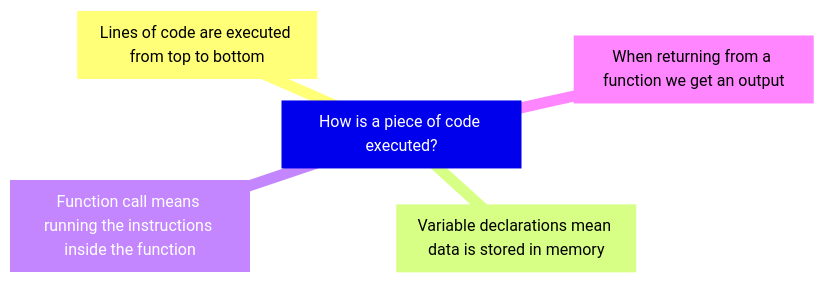
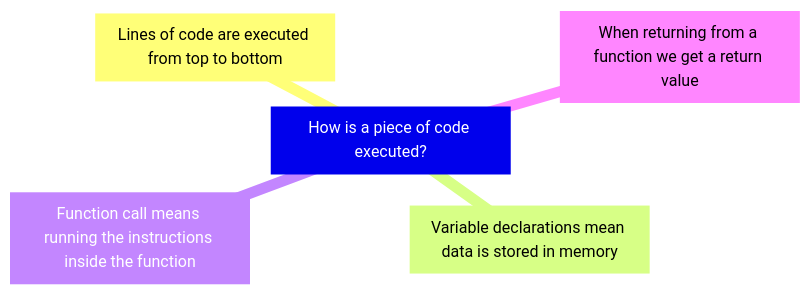
One commit to CodeYourFuture/curriculum changed the first of 3 diagrams in content/js1/sprints/2/prep/index.md. Above: the diagram before and after it, drawn with Mermaid. The commit also changed other lines of this file, not shown here.

````diff
--- a/content/js1/sprints/2/prep/index.md
+++ b/content/js1/sprints/2/prep/index.md
@@ -258,8 +267,8 @@
 ```mermaid
 mindmap
 Root[How is a piece of code executed?]
     B[Lines of code are executed from top to bottom]
     C[Variable declarations mean data is stored in memory]
     D[Function call means running the instructions inside the function]
-    E[When returning from a function we get an output]
+    E[When returning from a function we get a return value]
 ```
````
